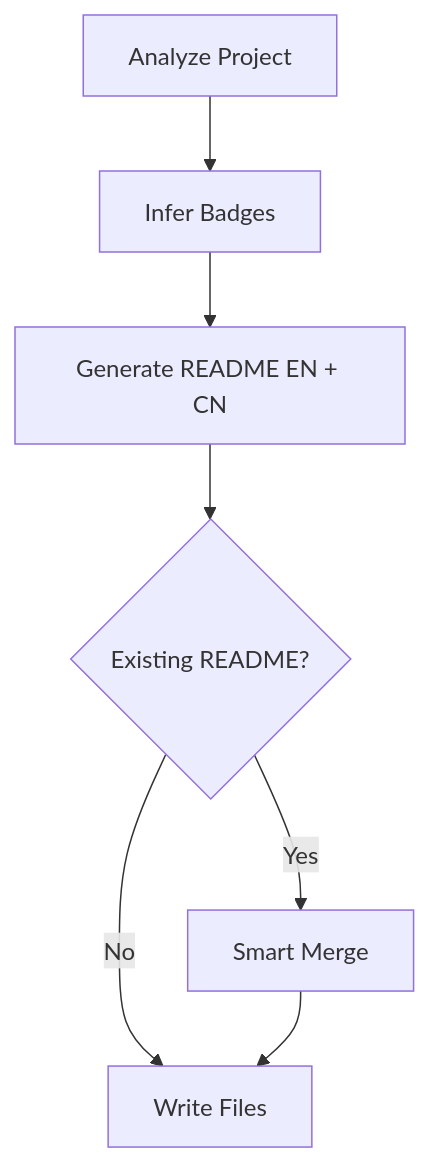
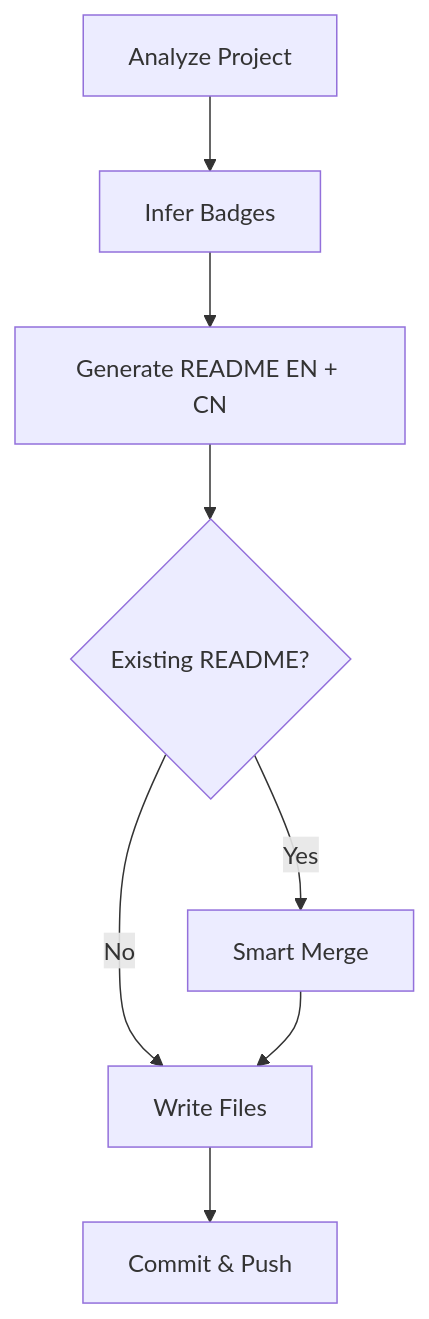
One commit to MitchellX/awesome-skills changed the diagram in openclaw-skills/readme-generator/README.md. Above: the diagram before and after it, drawn with Mermaid. The commit also changed other lines of this file and 12 other files, not shown here.

````diff
--- a/openclaw-skills/readme-generator/README.md
+++ b/openclaw-skills/readme-generator/README.md
@@ -24,9 +24,10 @@
 ```mermaid
 flowchart TD
     A[Analyze Project] --> B[Infer Badges]
     B --> C[Generate README EN + CN]
     C --> D{Existing README?}
     D -->|Yes| E[Smart Merge]
     D -->|No| F[Write Files]
     E --> F
+    F --> G[Commit & Push]
 ```
````
